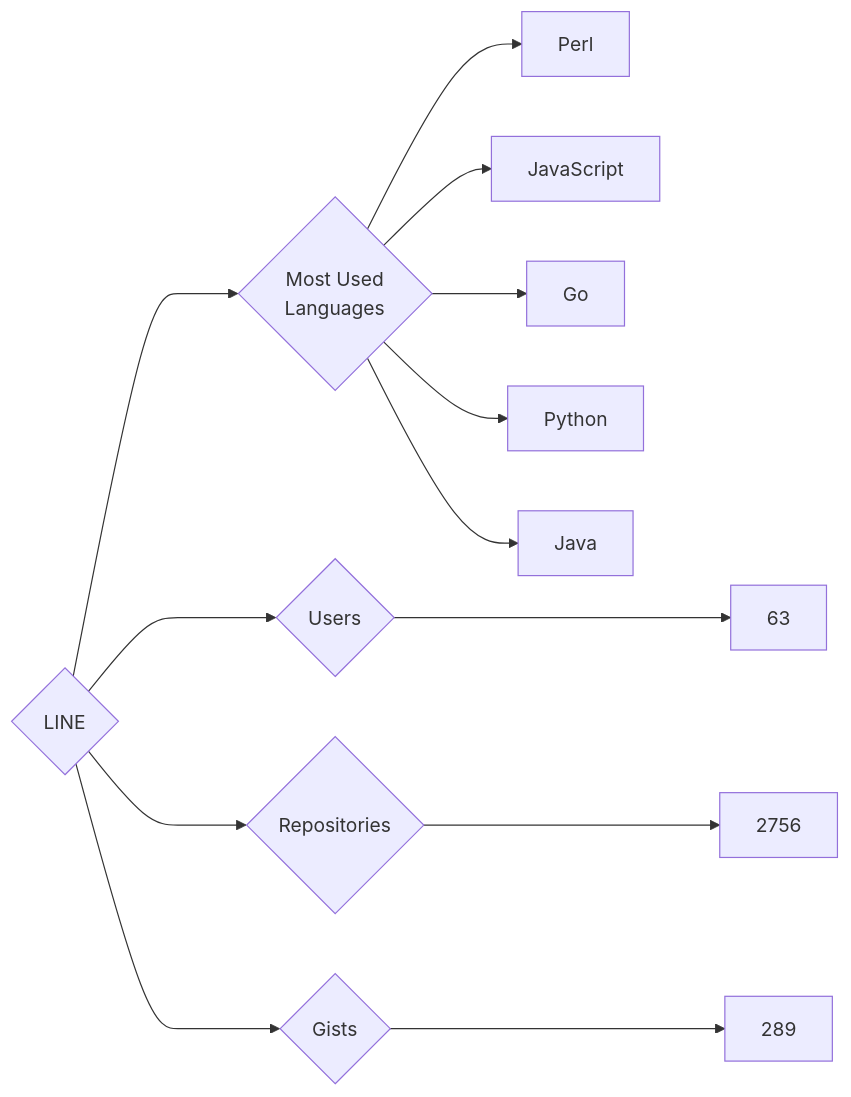
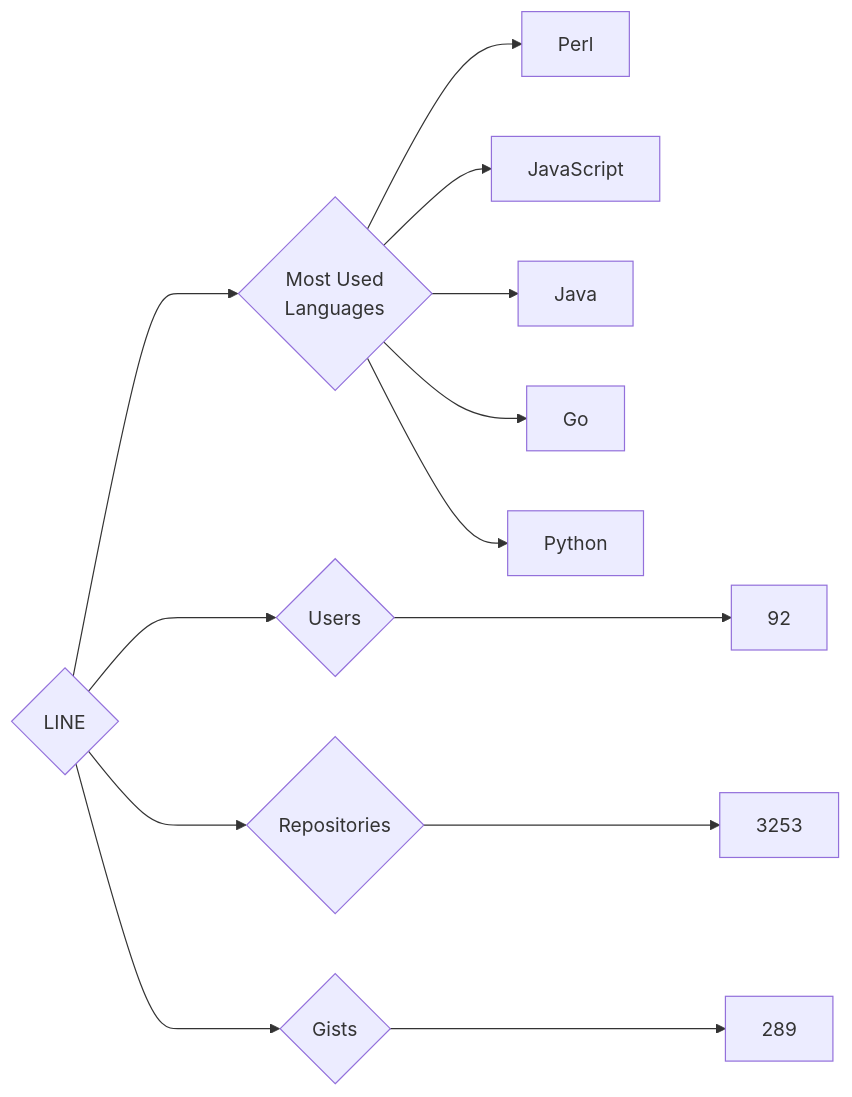
One commit to trickest/insiders changed the diagram in targets/LINE/README.md. Above: the diagram before and after it, drawn with Mermaid. The commit also changed 888 other files, not shown here.

````diff
--- a/targets/LINE/README.md
+++ b/targets/LINE/README.md
@@ -3,13 +3,13 @@
 ```mermaid
 graph LR
 COMPANY_NAME{LINE}
-COMPANY_NAME ---> U{Users} ---> UN[63]
-COMPANY_NAME ---> R{Repositories} ---> RN[2756]
+COMPANY_NAME ---> U{Users} ---> UN[92]
+COMPANY_NAME ---> R{Repositories} ---> RN[3253]
 COMPANY_NAME ---> G{Gists} ---> GN[289]
 COMPANY_NAME ---> ML{Most Used<br>Languages}
 ML --> Perl[Perl]
 ML --> JavaScript[JavaScript]
+ML --> Java[Java]
 ML --> Go[Go]
 ML --> Python[Python]
-ML --> Java[Java]
 ```
````
